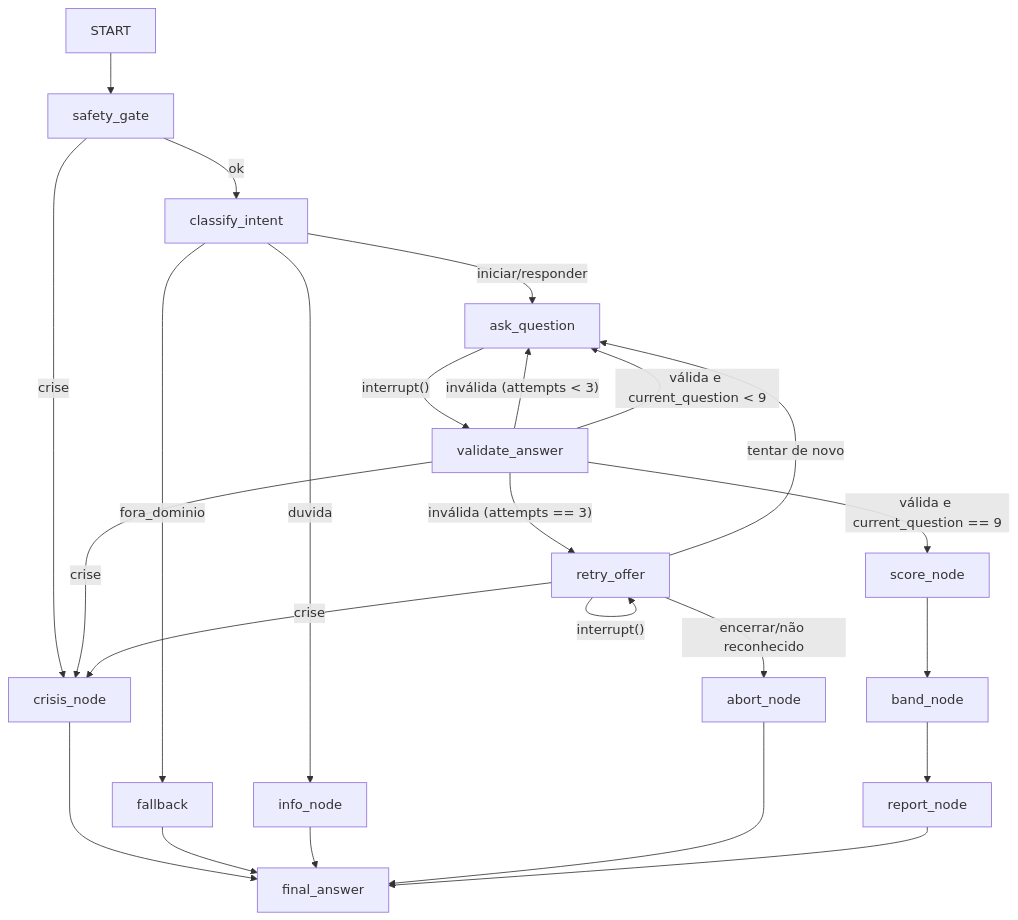
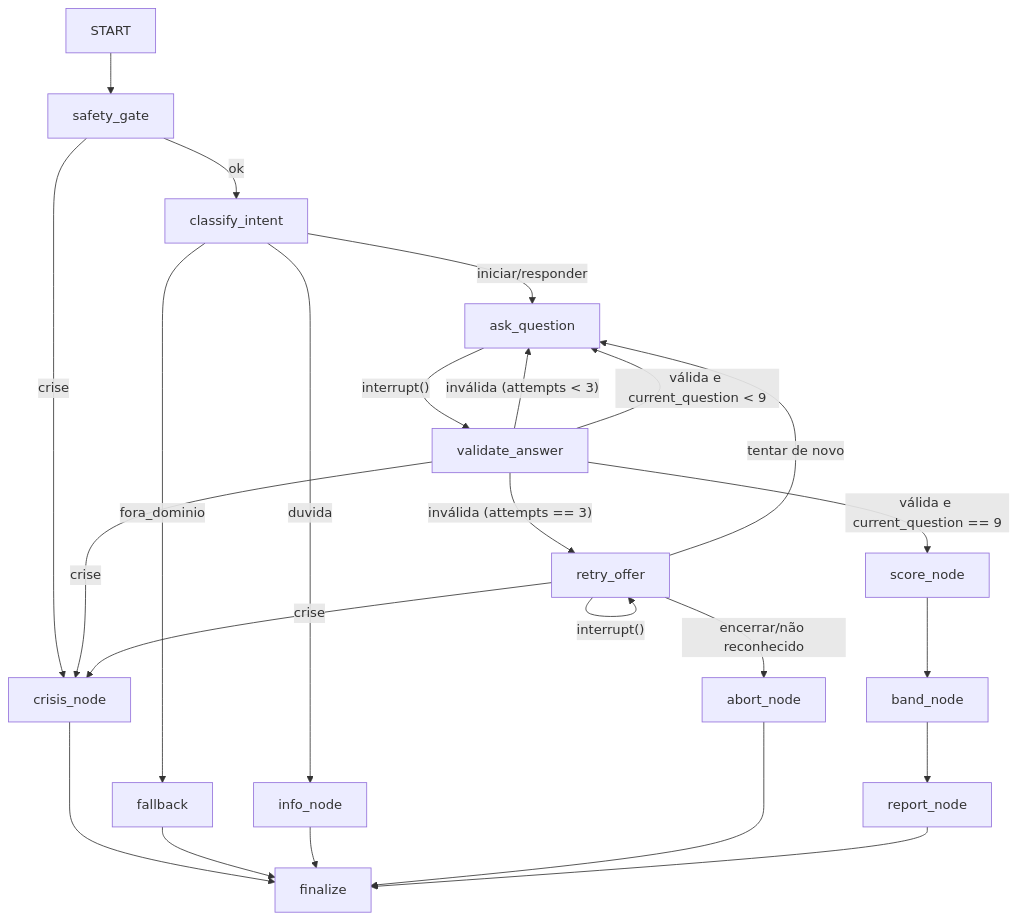
One commit to ernestodeoliveira/jogo-limpo-triagem changed the diagram in docs/ARCHITECTURE.md. Above: the diagram before and after it, drawn with Mermaid. The commit also changed other lines of this file and 4 other files, not shown here.

Commit message:
feat(output): assemble verifiable final answer

````diff
--- a/docs/ARCHITECTURE.md
+++ b/docs/ARCHITECTURE.md
@@ -34,20 +34,20 @@
 ```mermaid
 flowchart TD
     START --> safety_gate
-    safety_gate -- crise --> crisis_node --> final_answer
+    safety_gate -- crise --> crisis_node --> finalize
     safety_gate -- ok --> classify_intent
-    classify_intent -- fora_dominio --> fallback --> final_answer
-    classify_intent -- duvida --> info_node --> final_answer
+    classify_intent -- fora_dominio --> fallback --> finalize
+    classify_intent -- duvida --> info_node --> finalize
     classify_intent -- iniciar/responder --> ask_question
     ask_question -- "interrupt()" --> validate_answer
     validate_answer -- crise --> crisis_node
     validate_answer -- inválida (attempts < 3) --> ask_question
     validate_answer -- inválida (attempts == 3) --> retry_offer
     retry_offer -- "interrupt()" --> retry_offer
     retry_offer -- crise --> crisis_node
     retry_offer -- tentar de novo --> ask_question
-    retry_offer -- encerrar/não reconhecido --> abort_node --> final_answer
+    retry_offer -- encerrar/não reconhecido --> abort_node --> finalize
     validate_answer -- válida e current_question < 9 --> ask_question
     validate_answer -- válida e current_question == 9 --> score_node
-    score_node --> band_node --> report_node --> final_answer
+    score_node --> band_node --> report_node --> finalize
 ```
````
